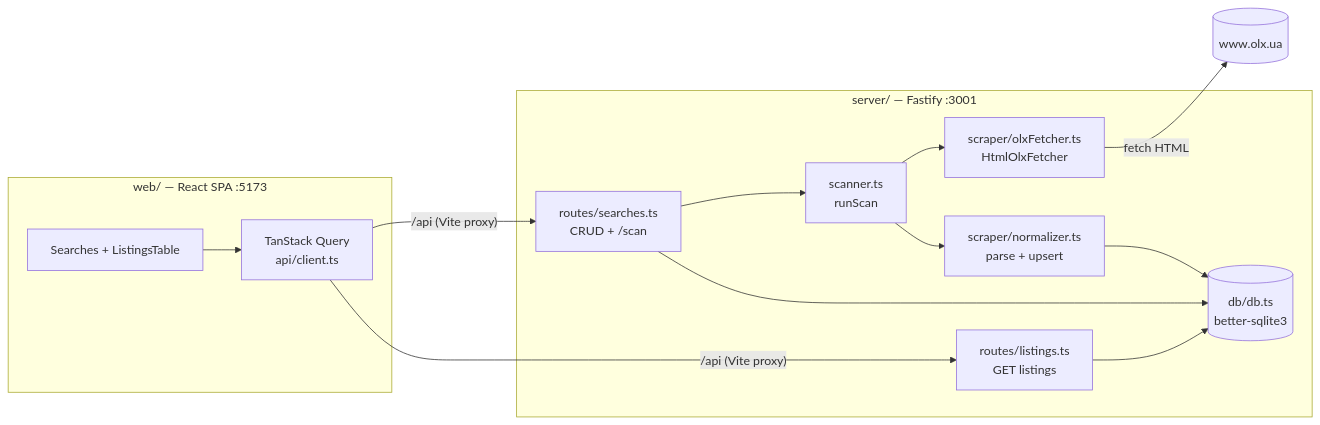
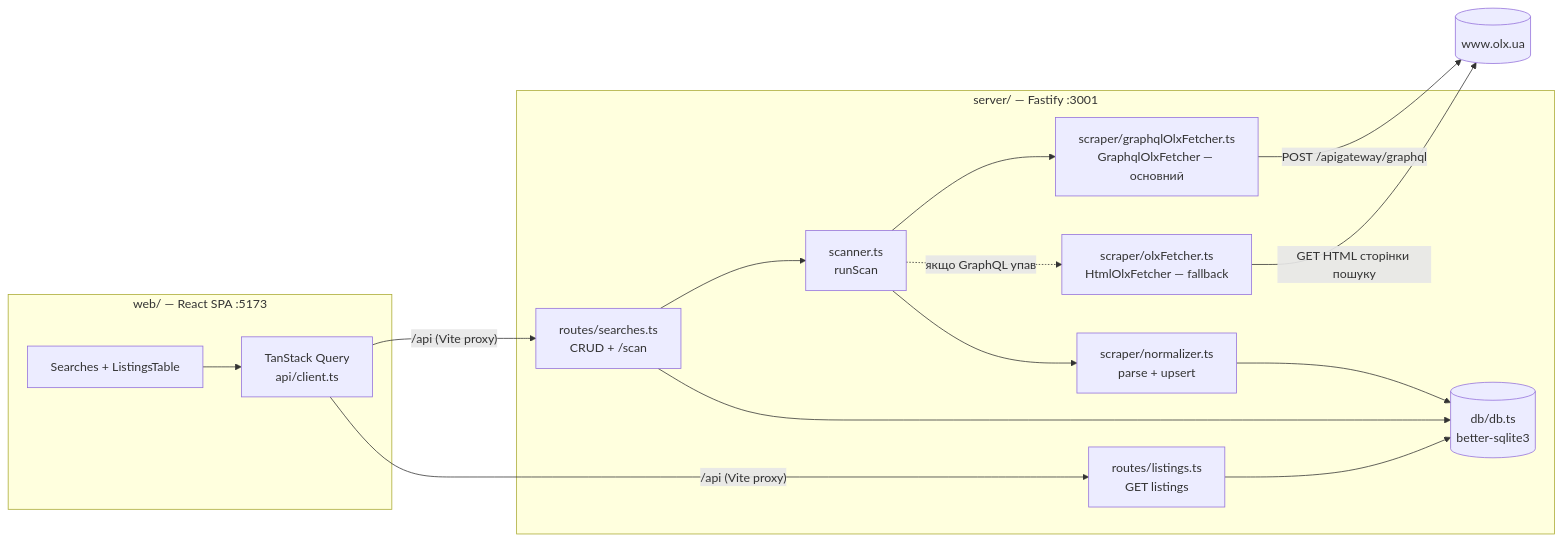
One commit to RenJeka/olx-dashboard changed the diagram in docs/architecture.md. Above: the diagram before and after it, drawn with Mermaid. The commit also changed other lines of this file and 7 other files, not shown here.

Commit message:
Update documentation for GraphQL OLX fetcher

````diff
--- a/docs/architecture.md
+++ b/docs/architecture.md
@@ -26,27 +29,30 @@
 ```mermaid
 flowchart LR
     subgraph web [web/ — React SPA :5173]
         UI[Searches + ListingsTable]
         QC[TanStack Query<br/>api/client.ts]
         UI --> QC
     end
 
     subgraph server [server/ — Fastify :3001]
         R1[routes/searches.ts<br/>CRUD + /scan]
         R2[routes/listings.ts<br/>GET listings]
         SC[scanner.ts<br/>runScan]
-        FE[scraper/olxFetcher.ts<br/>HtmlOlxFetcher]
+        GQ[scraper/graphqlOlxFetcher.ts<br/>GraphqlOlxFetcher — основний]
+        FE[scraper/olxFetcher.ts<br/>HtmlOlxFetcher — fallback]
         NR[scraper/normalizer.ts<br/>parse + upsert]
         DB[(db/db.ts<br/>better-sqlite3)]
         R1 --> SC
-        SC --> FE
+        SC --> GQ
+        SC -. "якщо GraphQL упав" .-> FE
         SC --> NR
         NR --> DB
         R1 --> DB
         R2 --> DB
     end
 
     QC -- "/api (Vite proxy)" --> R1
     QC -- "/api (Vite proxy)" --> R2
-    FE -- "fetch HTML" --> OLX[(www.olx.ua)]
+    GQ -- "POST /apigateway/graphql" --> OLX[(www.olx.ua)]
+    FE -- "GET HTML сторінки пошуку" --> OLX
 ```
````
